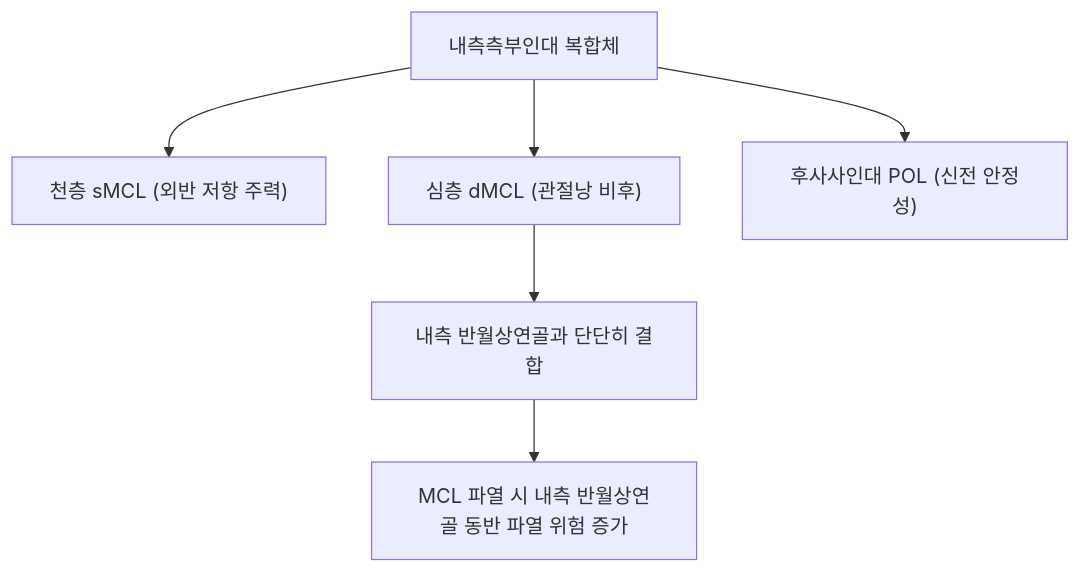
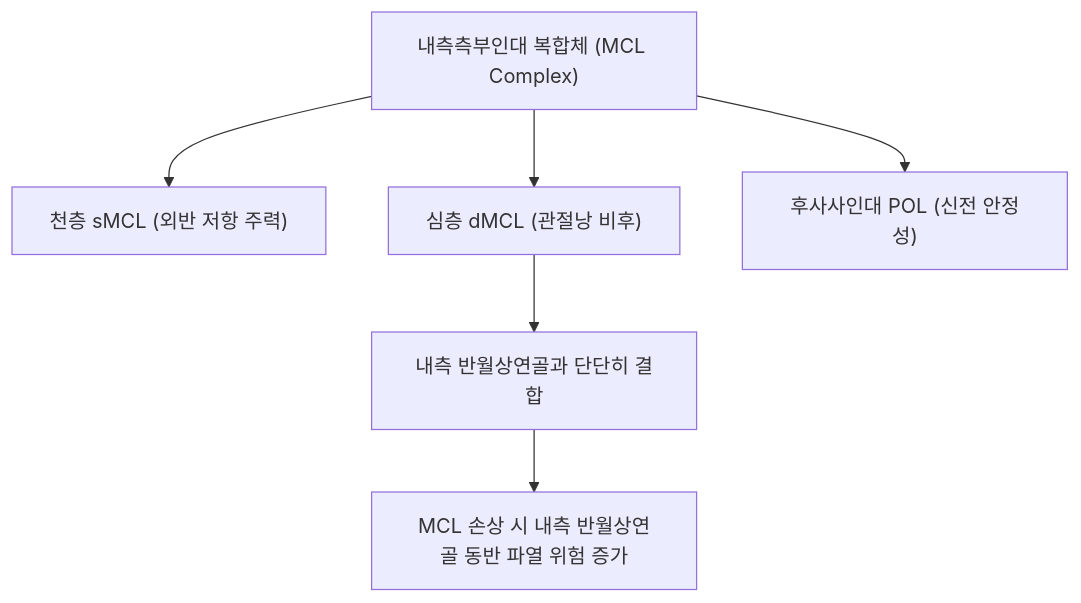
Before and after one commit to simbio11/simbio-digital-garden2: the diagram in content/1. 근골격계 공부/인대/내측측부인대.md, drawn with Mermaid. The commit also changed other lines of this file and 149 other files, not shown here.

````diff
--- a/content/1. 근골격계 공부/인대/내측측부인대.md
+++ b/content/1. 근골격계 공부/인대/내측측부인대.md
@@ -47,8 +51,8 @@
 ```mermaid
 graph TD
-    MCL_Complex["내측측부인대 복합체"] --> Superficial["천층 sMCL (외반 저항 주력)"]
+    MCL_Complex["내측측부인대 복합체 (MCL Complex)"] --> Superficial["천층 sMCL (외반 저항 주력)"]
     MCL_Complex --> Deep["심층 dMCL (관절낭 비후)"]
     MCL_Complex --> POL["후사사인대 POL (신전 안정성)"]
     Deep --> MeniscusAdhesion["내측 반월상연골과 단단히 결합"]
-    MeniscusAdhesion --> TraumaticTear["MCL 파열 시 내측 반월상연골 동반 파열 위험 증가"]
+    MeniscusAdhesion --> TraumaticTear["MCL 손상 시 내측 반월상연골 동반 파열 위험 증가"]
 ```
````
